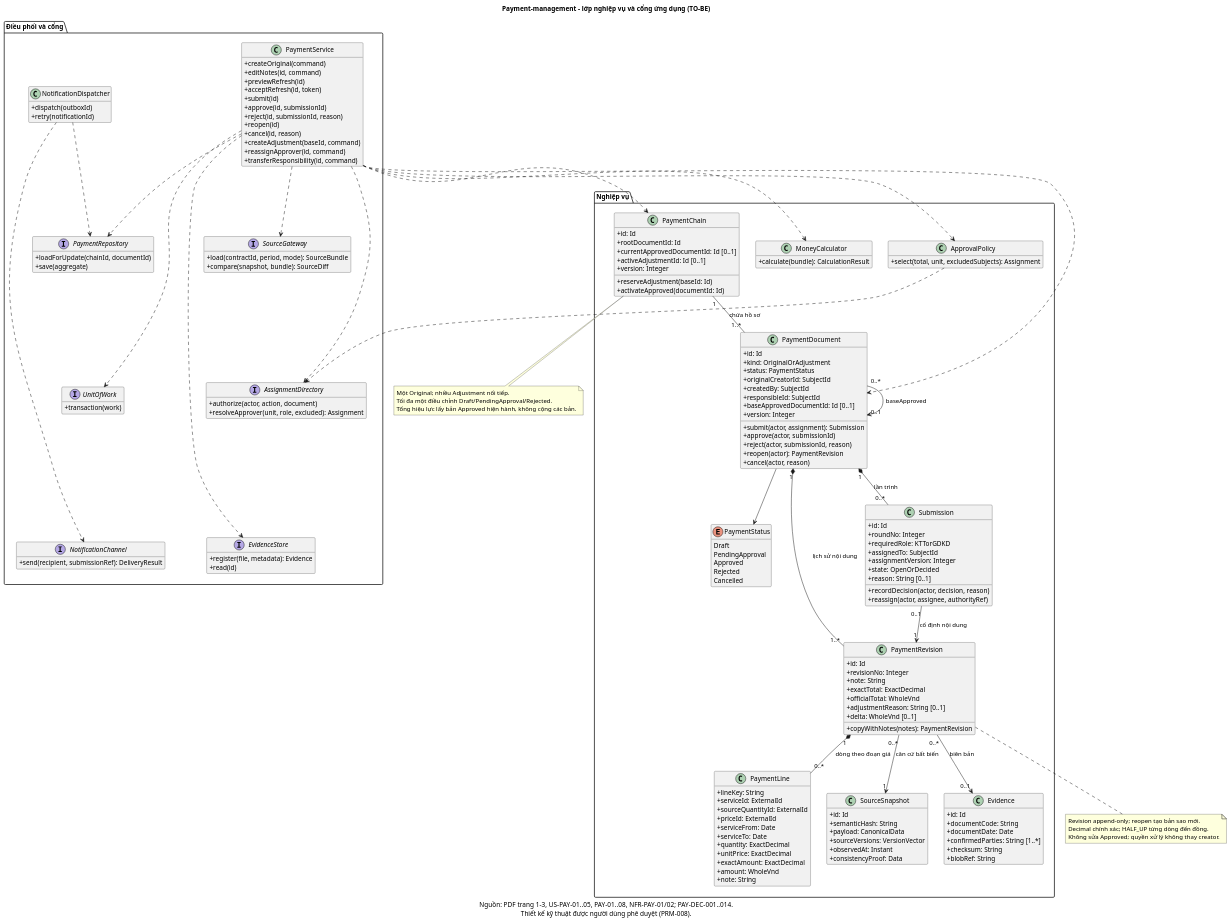
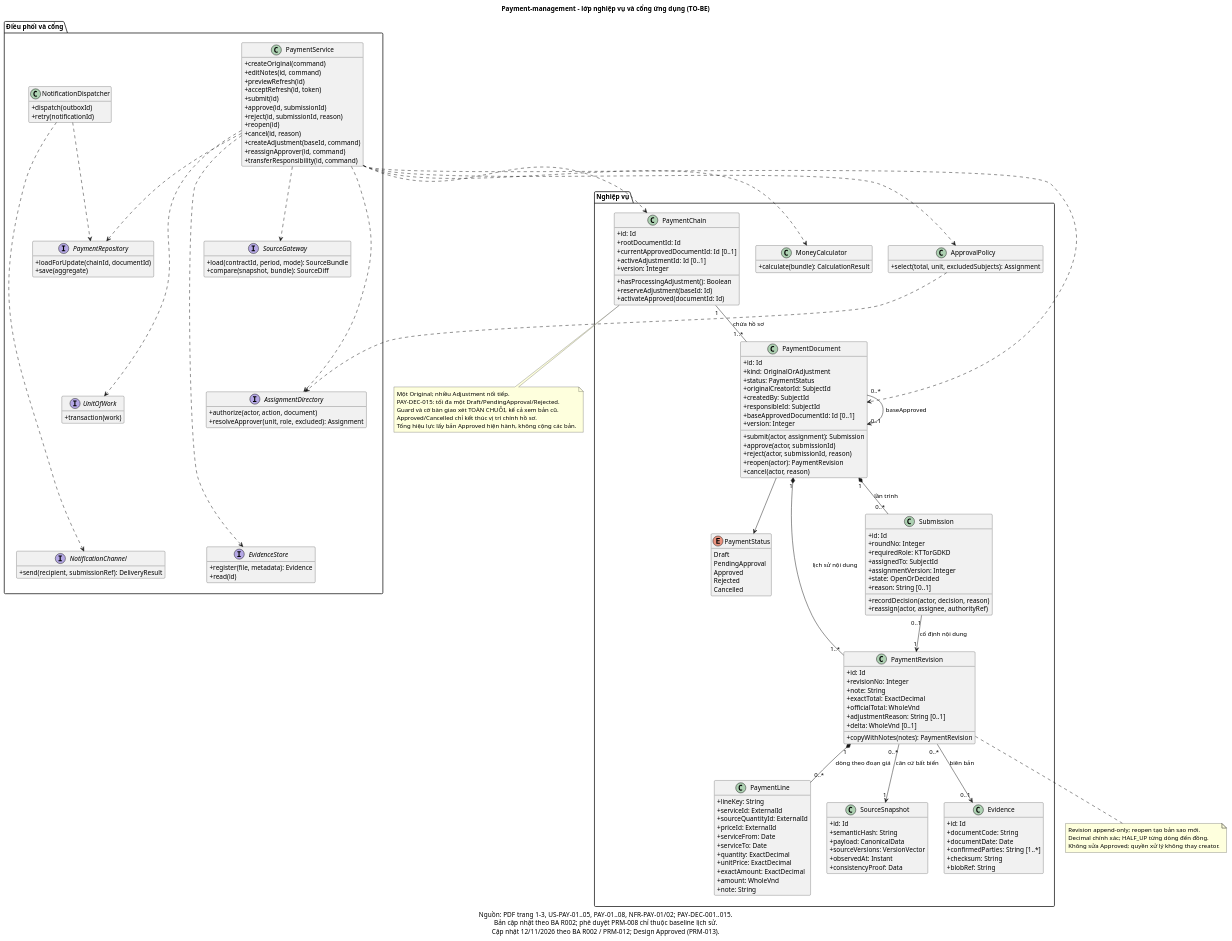
The diagram in docs/design/payment-management/diagrams/class.puml (NotTodaySirr/module_thanh_toan), drawn with PlantUML before and after one commit. The commit also changed 22 other files, not shown here.

Commit message:
docs(payment-management): cập nhật thiết kế theo phân tích sau R002

```diff
--- a/docs/design/payment-management/diagrams/class.puml
+++ b/docs/design/payment-management/diagrams/class.puml
@@ -1,178 +1,181 @@
 @startuml
 title Payment-management - lớp nghiệp vụ và cổng ứng dụng (TO-BE)
-caption Nguồn: PDF trang 1-3, US-PAY-01..05, PAY-01..08, NFR-PAY-01/02; PAY-DEC-001..014.\nThiết kế kỹ thuật được người dùng phê duyệt (PRM-008).
+caption Nguồn: PDF trang 1-3, US-PAY-01..05, PAY-01..08, NFR-PAY-01/02; PAY-DEC-001..015.\nBản cập nhật theo BA R002; phê duyệt PRM-008 chỉ thuộc baseline lịch sử.\nCập nhật 12/11/2026 theo BA R002 / PRM-012; Design Approved (PRM-013).
 skinparam defaultFontName Arial
 skinparam classAttributeIconSize 0
 hide empty members
 
 package "Nghiệp vụ" as Domain {
   enum PaymentStatus {
     Draft
     PendingApproval
     Approved
     Rejected
     Cancelled
   }
   class PaymentChain {
     +id: Id
     +rootDocumentId: Id
     +currentApprovedDocumentId: Id [0..1]
     +activeAdjustmentId: Id [0..1]
     +version: Integer
+    +hasProcessingAdjustment(): Boolean
     +reserveAdjustment(baseId: Id)
     +activateApproved(documentId: Id)
   }
   class PaymentDocument {
     +id: Id
     +kind: OriginalOrAdjustment
     +status: PaymentStatus
     +originalCreatorId: SubjectId
     +createdBy: SubjectId
     +responsibleId: SubjectId
     +baseApprovedDocumentId: Id [0..1]
     +version: Integer
     +submit(actor, assignment): Submission
     +approve(actor, submissionId)
     +reject(actor, submissionId, reason)
     +reopen(actor): PaymentRevision
     +cancel(actor, reason)
   }
   class PaymentRevision {
     +id: Id
     +revisionNo: Integer
     +note: String
     +exactTotal: ExactDecimal
     +officialTotal: WholeVnd
     +adjustmentReason: String [0..1]
     +delta: WholeVnd [0..1]
     +copyWithNotes(notes): PaymentRevision
   }
   class PaymentLine {
     +lineKey: String
     +serviceId: ExternalId
     +sourceQuantityId: ExternalId
     +priceId: ExternalId
     +serviceFrom: Date
     +serviceTo: Date
     +quantity: ExactDecimal
     +unitPrice: ExactDecimal
     +exactAmount: ExactDecimal
     +amount: WholeVnd
     +note: String
   }
   class SourceSnapshot {
     +id: Id
     +semanticHash: String
     +payload: CanonicalData
     +sourceVersions: VersionVector
     +observedAt: Instant
     +consistencyProof: Data
   }
   class Submission {
     +id: Id
     +roundNo: Integer
     +requiredRole: KTTorGDKD
     +assignedTo: SubjectId
     +assignmentVersion: Integer
     +state: OpenOrDecided
     +reason: String [0..1]
     +recordDecision(actor, decision, reason)
     +reassign(actor, assignee, authorityRef)
   }
   class Evidence {
     +id: Id
     +documentCode: String
     +documentDate: Date
     +confirmedParties: String [1..*]
     +checksum: String
     +blobRef: String
   }
   class MoneyCalculator {
     +calculate(bundle): CalculationResult
   }
   class ApprovalPolicy {
     +select(total, unit, excludedSubjects): Assignment
   }
 }
 
 package "Điều phối và cổng" as Application {
   class PaymentService {
     +createOriginal(command)
     +editNotes(id, command)
     +previewRefresh(id)
     +acceptRefresh(id, token)
     +submit(id)
     +approve(id, submissionId)
     +reject(id, submissionId, reason)
     +reopen(id)
     +cancel(id, reason)
     +createAdjustment(baseId, command)
     +reassignApprover(id, command)
     +transferResponsibility(id, command)
   }
   interface SourceGateway {
     +load(contractId, period, mode): SourceBundle
     +compare(snapshot, bundle): SourceDiff
   }
   interface AssignmentDirectory {
     +authorize(actor, action, document)
     +resolveApprover(unit, role, excluded): Assignment
   }
   interface PaymentRepository {
     +loadForUpdate(chainId, documentId)
     +save(aggregate)
   }
   interface UnitOfWork {
     +transaction(work)
   }
   interface EvidenceStore {
     +register(file, metadata): Evidence
     +read(id)
   }
   class NotificationDispatcher {
     +dispatch(outboxId)
     +retry(notificationId)
   }
   interface NotificationChannel {
     +send(recipient, submissionRef): DeliveryResult
   }
 }
 
 PaymentChain "1" -- "1..*" PaymentDocument : chứa hồ sơ
 Application -[hidden]down-> Domain
 SourceGateway -[hidden]down-> AssignmentDirectory
 AssignmentDirectory -[hidden]down-> EvidenceStore
 PaymentRepository -[hidden]down-> UnitOfWork
 UnitOfWork -[hidden]down-> NotificationChannel
 PaymentDocument "0..*" --> "0..1" PaymentDocument : baseApproved
 PaymentDocument "1" *-- "1..*" PaymentRevision : lịch sử nội dung
 PaymentDocument "1" *-- "0..*" Submission : lần trình
 PaymentRevision "1" *-- "0..*" PaymentLine : dòng theo đoạn giá
 PaymentRevision "0..*" --> "1" SourceSnapshot : căn cứ bất biến
 PaymentRevision "0..*" --> "0..1" Evidence : biên bản
 Submission "0..1" --> "1" PaymentRevision : cố định nội dung
 PaymentDocument --> PaymentStatus
 PaymentService ..> PaymentDocument
 PaymentService ..> PaymentChain
 PaymentService ..> SourceGateway
 PaymentService ..> AssignmentDirectory
 PaymentService ..> PaymentRepository
 PaymentService ..> UnitOfWork
 PaymentService ..> MoneyCalculator
 PaymentService ..> ApprovalPolicy
 PaymentService ..> EvidenceStore
 ApprovalPolicy ..> AssignmentDirectory
 NotificationDispatcher ..> PaymentRepository
 NotificationDispatcher ..> NotificationChannel
 
 note bottom of PaymentChain
   Một Original; nhiều Adjustment nối tiếp.
-  Tối đa một điều chỉnh Draft/PendingApproval/Rejected.
+  PAY-DEC-015: tối đa một Draft/PendingApproval/Rejected.
+  Guard và cờ bàn giao xét TOÀN CHUỖI, kể cả xem bản cũ.
+  Approved/Cancelled chỉ kết thúc vị trí chính hồ sơ.
   Tổng hiệu lực lấy bản Approved hiện hành, không cộng các bản.
 end note
 note bottom of PaymentRevision
   Revision append-only; reopen tạo bản sao mới.
   Decimal chính xác; HALF_UP từng dòng đến đồng.
   Không sửa Approved; quyền xử lý không thay creator.
 end note
 @enduml
```
